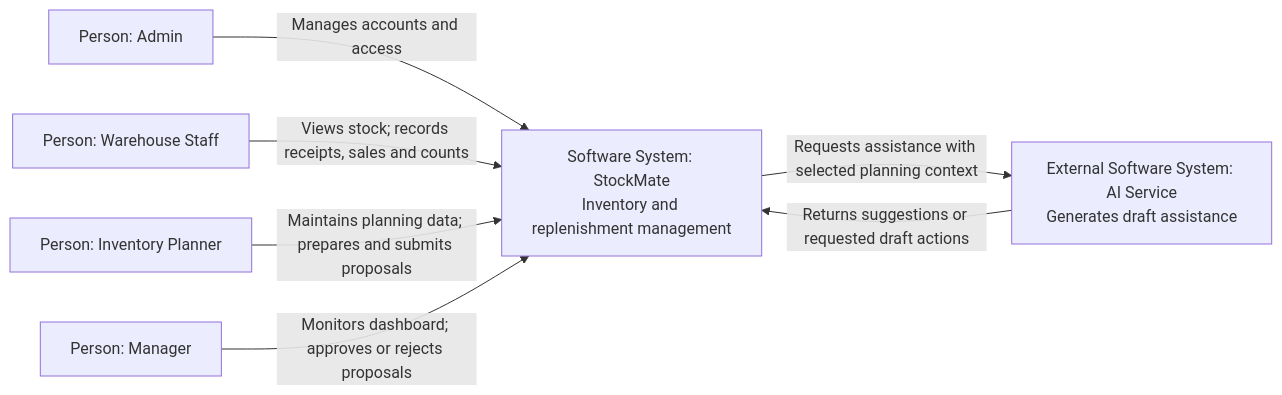
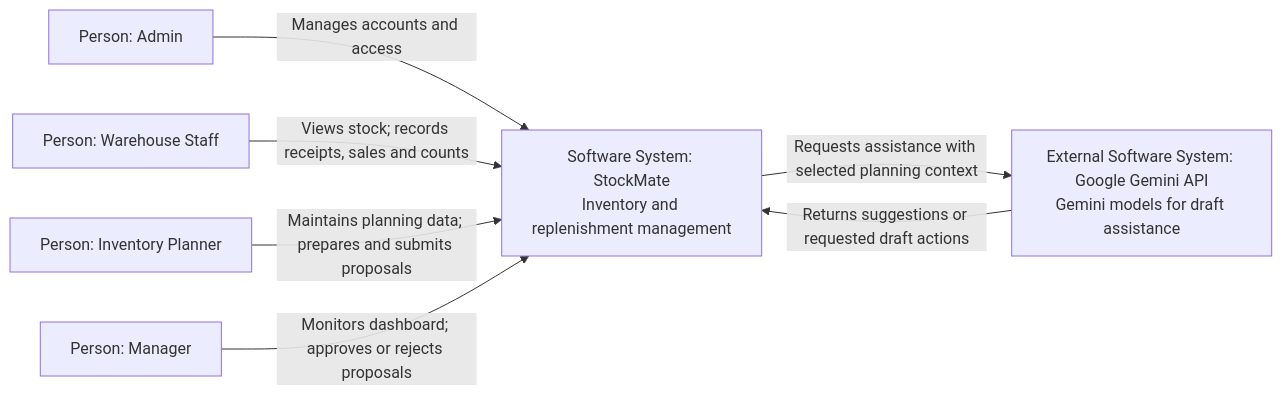
The first of 3 diagrams in docs/c4_architecture/C4_ARCHITECTURE.md (Hoang-H-Nguyen/Inventory-Management), drawn with Mermaid before and after one commit. The commit also changed other lines of this file and 116 other files, not shown here.

````diff
--- a/docs/c4_architecture/C4_ARCHITECTURE.md
+++ b/docs/c4_architecture/C4_ARCHITECTURE.md
@@ -15,16 +15,16 @@
 ```mermaid
 flowchart LR
     Admin["Person: Admin"]
     Staff["Person: Warehouse Staff"]
     Planner["Person: Inventory Planner"]
     Manager["Person: Manager"]
     StockMate["Software System: StockMate<br/>Inventory and replenishment management"]
-    AI["External Software System: AI Service<br/>Generates draft assistance"]
+    AI["External Software System: Google Gemini API<br/>Gemini models for draft assistance"]
 
     Admin -->|"Manages accounts and access"| StockMate
     Staff -->|"Views stock; records receipts, sales and counts"| StockMate
     Planner -->|"Maintains planning data; prepares and submits proposals"| StockMate
     Manager -->|"Monitors dashboard; approves or rejects proposals"| StockMate
     StockMate -->|"Requests assistance with selected planning context"| AI
     AI -->|"Returns suggestions or requested draft actions"| StockMate
 ```
````
